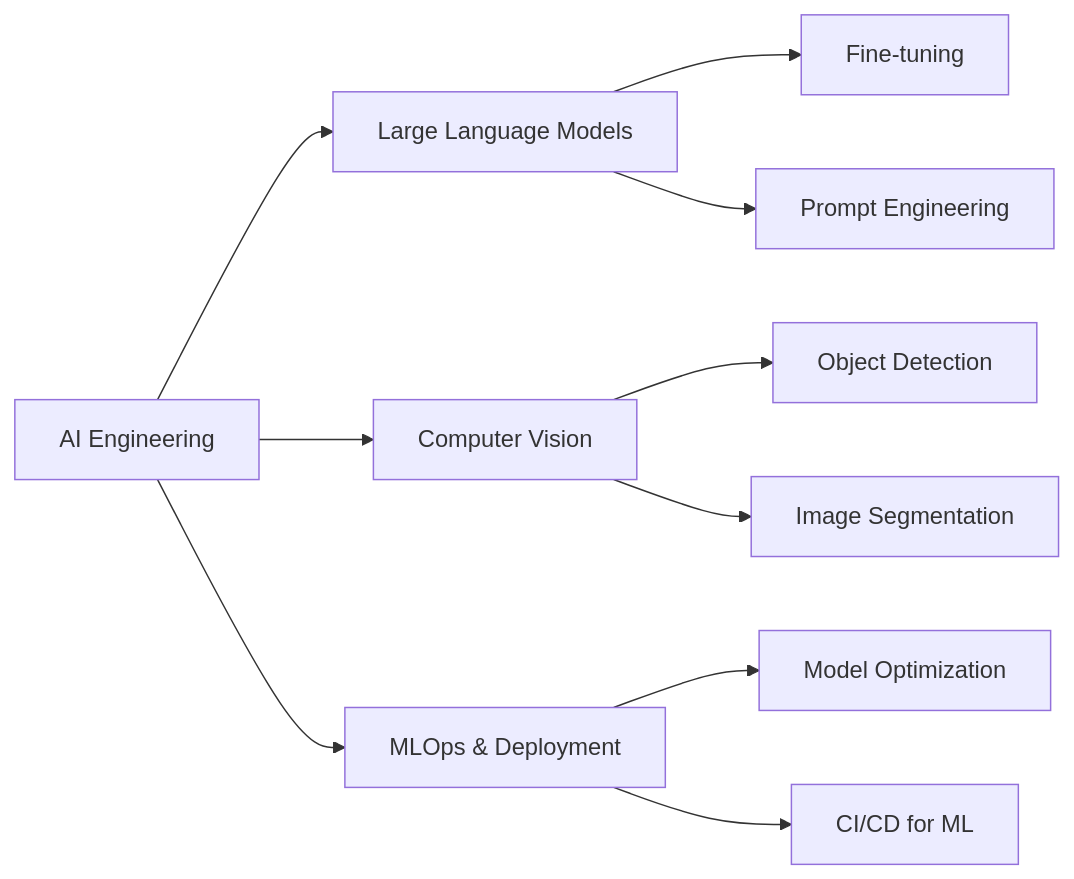
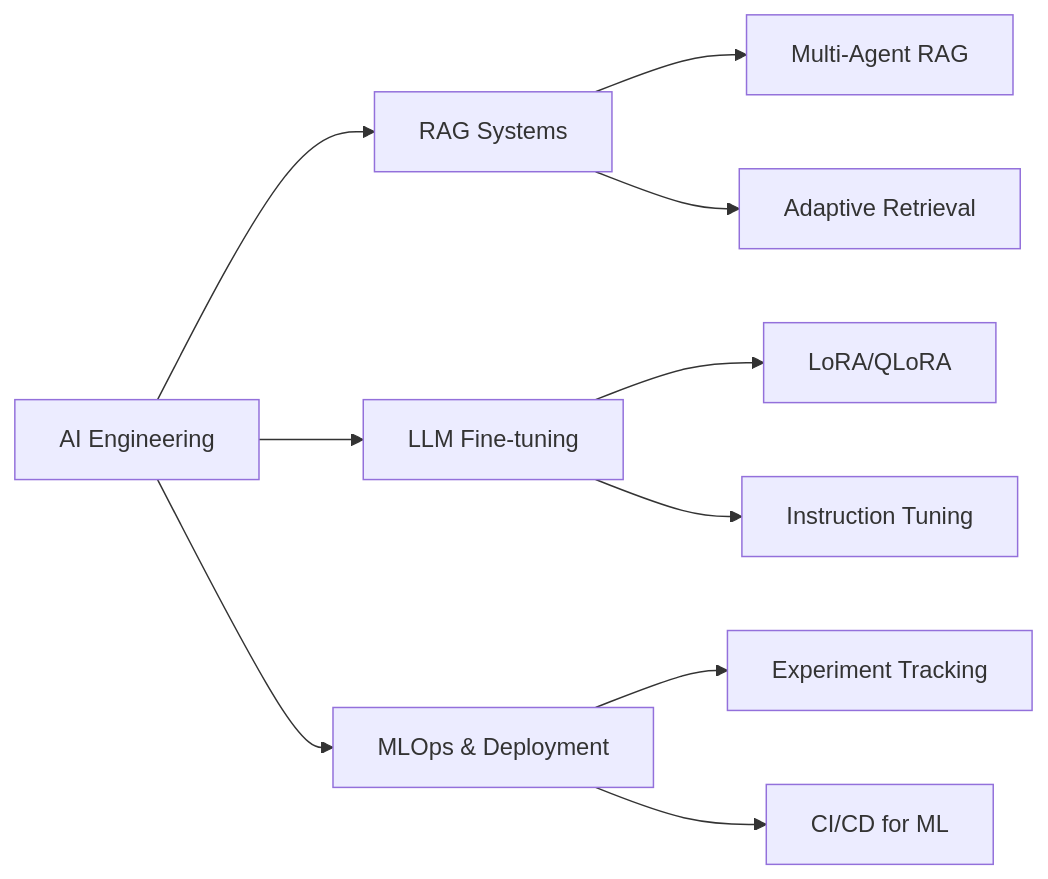
One commit to MaverickDev-J/MaverickDev-J changed the diagram in README.md. Above: the diagram before and after it, drawn with Mermaid. The commit also changed other lines of this file, not shown here.

````diff
--- a/README.md
+++ b/README.md
@@ -199,12 +214,12 @@
 ```mermaid
 graph LR
-    A[AI Engineering] --> B[Large Language Models]
-    A --> C[Computer Vision]
+    A[AI Engineering] --> B[RAG Systems]
+    A --> C[LLM Fine-tuning]
     A --> D[MLOps & Deployment]
-    B --> E[Fine-tuning]
-    B --> F[Prompt Engineering]
-    C --> G[Object Detection]
-    C --> H[Image Segmentation]
-    D --> I[Model Optimization]
+    B --> E[Multi-Agent RAG]
+    B --> F[Adaptive Retrieval]
+    C --> G[LoRA/QLoRA]
+    C --> H[Instruction Tuning]
+    D --> I[Experiment Tracking]
     D --> J[CI/CD for ML]
 ```
````
